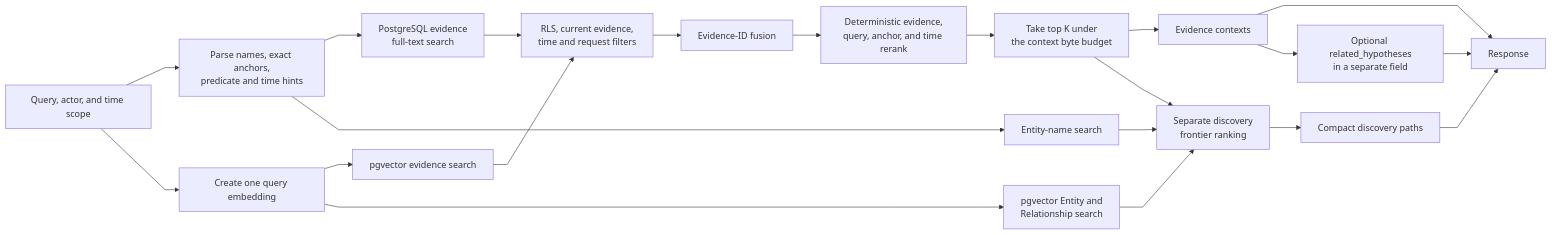
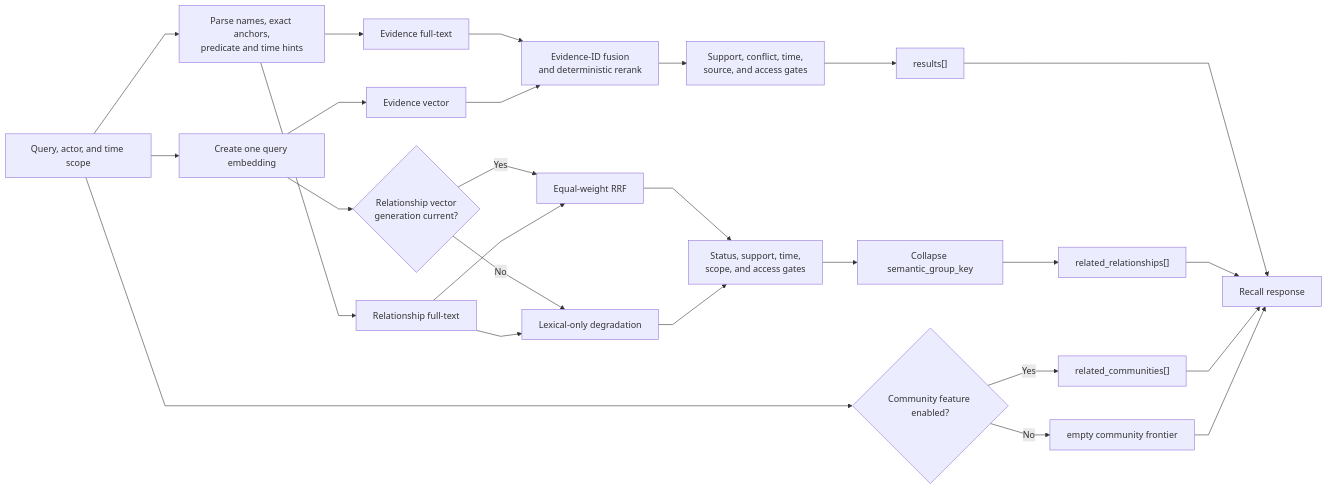
The first of 4 diagrams in Recall-Ranking.md (markhuangai/dense-mem), drawn with Mermaid before and after one commit. The commit also changed other lines of this file and 27 other files, not shown here.

Commit message:
Document tier-free Relationship architecture

````diff
--- a/Recall-Ranking.md
+++ b/Recall-Ranking.md
@@ -30,27 +28,33 @@
 ```mermaid
 %%{init: {"flowchart": {"curve": "linear"}}}%%
 flowchart LR
   Query["Query, actor, and time scope"] --> Parse["Parse names, exact anchors,<br/>predicate and time hints"]
   Query --> Embed["Create one query embedding"]
 
-  Parse --> Text["PostgreSQL evidence<br/>full-text search"]
-  Embed --> Vector["pgvector evidence search"]
-  Text --> Filter["RLS, current evidence,<br/>time and request filters"]
-  Vector --> Filter
-  Filter --> Fuse["Evidence-ID fusion"]
-  Fuse --> Rerank["Deterministic evidence,<br/>query, anchor, and time rerank"]
-  Rerank --> Limit["Take top K under<br/>the context byte budget"]
-  Limit --> Compact["Evidence contexts"]
+  Parse --> EvidenceText["Evidence full-text"]
+  Embed --> EvidenceVector["Evidence vector"]
+  EvidenceText --> EvidenceFuse["Evidence-ID fusion<br/>and deterministic rerank"]
+  EvidenceVector --> EvidenceFuse
+  EvidenceFuse --> EvidenceGate["Support, conflict, time,<br/>source, and access gates"]
+  EvidenceGate --> Results["results[]"]
 
-  Parse --> Entity["Entity-name search"]
-  Embed --> EntityVector["pgvector Entity and<br/>Relationship search"]
-  Entity --> Frontier["Separate discovery<br/>frontier ranking"]
-  EntityVector --> Frontier
-  Limit --> Frontier
-  Frontier --> Paths["Compact discovery paths"]
+  Parse --> RelationshipText["Relationship full-text"]
+  Embed --> RelationshipVector{"Relationship vector<br/>generation current?"}
+  RelationshipVector -- Yes --> RelationshipFuse["Equal-weight RRF"]
+  RelationshipVector -- No --> RelationshipTextOnly["Lexical-only degradation"]
+  RelationshipText --> RelationshipFuse
+  RelationshipText --> RelationshipTextOnly
+  RelationshipFuse --> RelationshipGate["Status, support, time,<br/>scope, and access gates"]
+  RelationshipTextOnly --> RelationshipGate
+  RelationshipGate --> Group["Collapse semantic_group_key"]
+  Group --> Relationships["related_relationships[]"]
 
-  Compact --> Response["Response"]
-  Paths --> Response
-  Compact --> Hypothesis["Optional related_hypotheses<br/>in a separate field"]
-  Hypothesis --> Response
+  Query --> Community{"Community feature enabled?"}
+  Community -- Yes --> Communities["related_communities[]"]
+  Community -- No --> Empty["empty community frontier"]
+
+  Results --> Response["Recall response"]
+  Relationships --> Response
+  Communities --> Response
+  Empty --> Response
 ```
````
